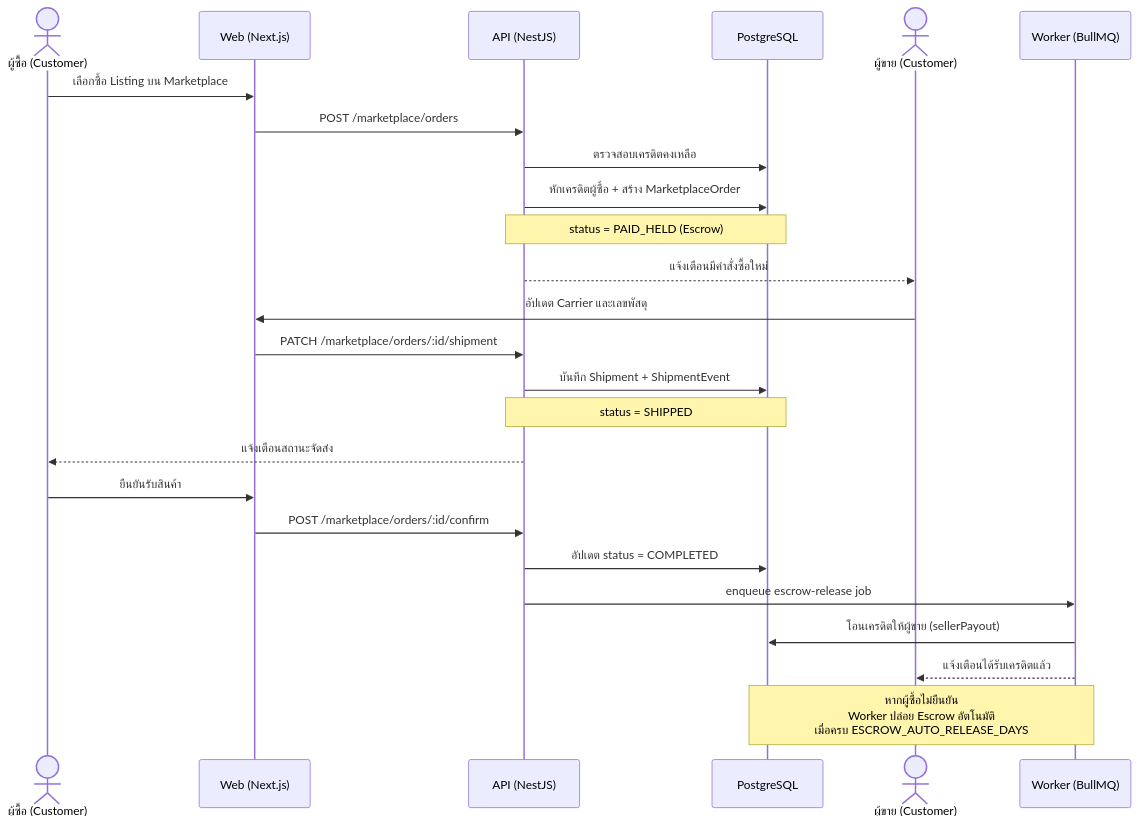
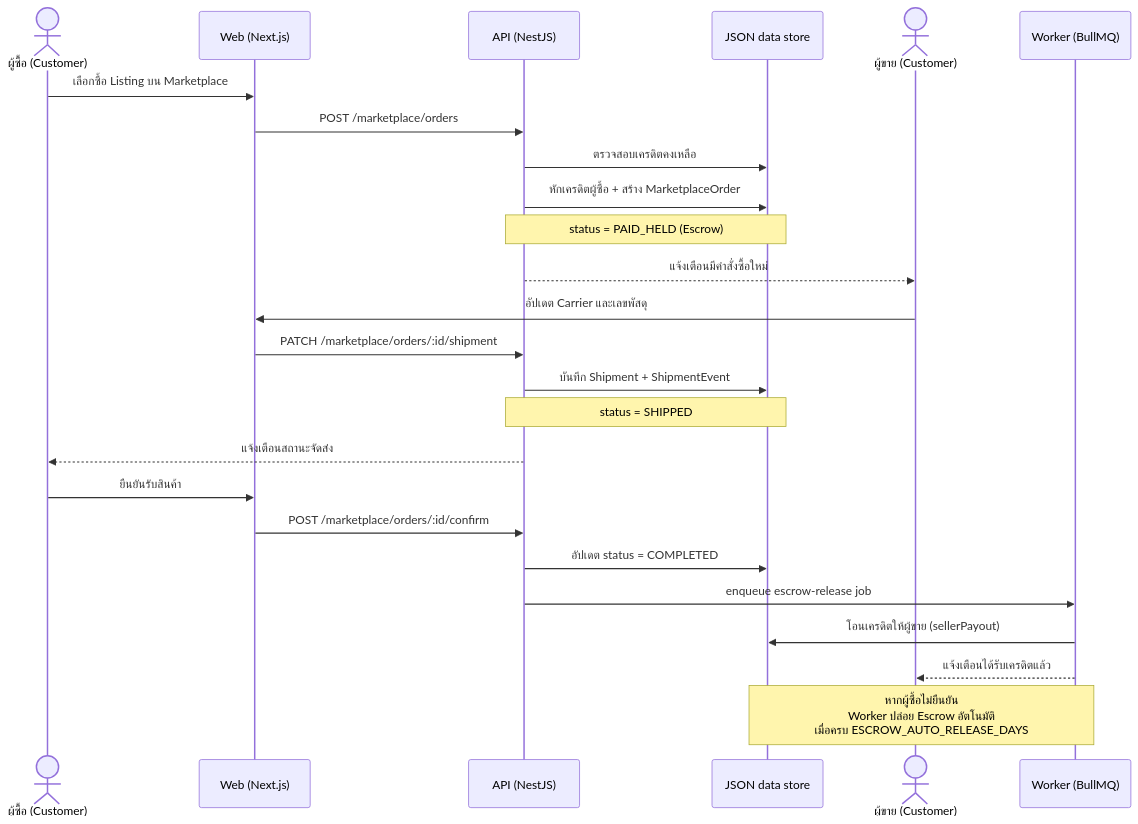
One commit to danaiwut/Card_sell_Ecommerce changed the fifth of 6 diagrams in README.md. Above: the diagram before and after it, drawn with Mermaid. The commit also changed other lines of this file and 133 other files, not shown here.

````diff
--- a/README.md
+++ b/README.md
@@ -535,28 +535,28 @@
 ```mermaid
 sequenceDiagram
     actor Buyer as ผู้ซื้อ (Customer)
     participant Web as Web (Next.js)
     participant API as API (NestJS)
-    participant DB as PostgreSQL
+    participant DB as JSON data store
     actor Seller as ผู้ขาย (Customer)
     participant Worker as Worker (BullMQ)
 
     Buyer->>Web: เลือกซื้อ Listing บน Marketplace
     Web->>API: POST /marketplace/orders
     API->>DB: ตรวจสอบเครดิตคงเหลือ
     API->>DB: หักเครดิตผู้ซื้อ + สร้าง MarketplaceOrder
     Note over API,DB: status = PAID_HELD (Escrow)
     API-->>Seller: แจ้งเตือนมีคำสั่งซื้อใหม่
     Seller->>Web: อัปเดต Carrier และเลขพัสดุ
     Web->>API: PATCH /marketplace/orders/:id/shipment
     API->>DB: บันทึก Shipment + ShipmentEvent
     Note over API,DB: status = SHIPPED
     API-->>Buyer: แจ้งเตือนสถานะจัดส่ง
     Buyer->>Web: ยืนยันรับสินค้า
     Web->>API: POST /marketplace/orders/:id/confirm
     API->>DB: อัปเดต status = COMPLETED
     API->>Worker: enqueue escrow-release job
     Worker->>DB: โอนเครดิตให้ผู้ขาย (sellerPayout)
     Worker-->>Seller: แจ้งเตือนได้รับเครดิตแล้ว
     Note over Worker,DB: หากผู้ซื้อไม่ยืนยัน<br/>Worker ปล่อย Escrow อัตโนมัติ<br/>เมื่อครบ ESCROW_AUTO_RELEASE_DAYS
 ```
````
